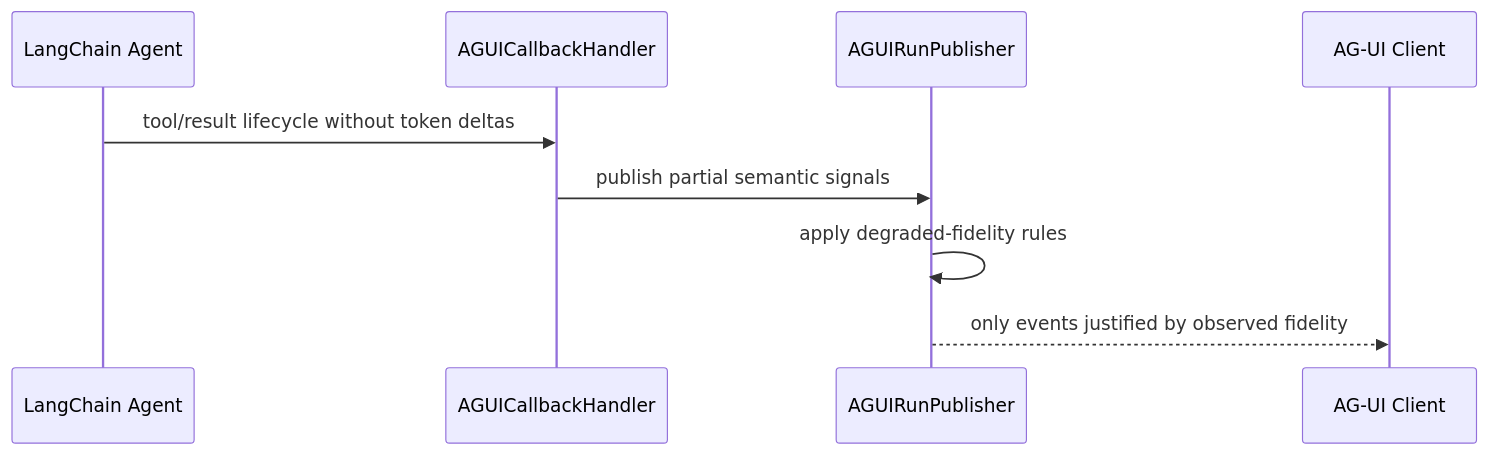
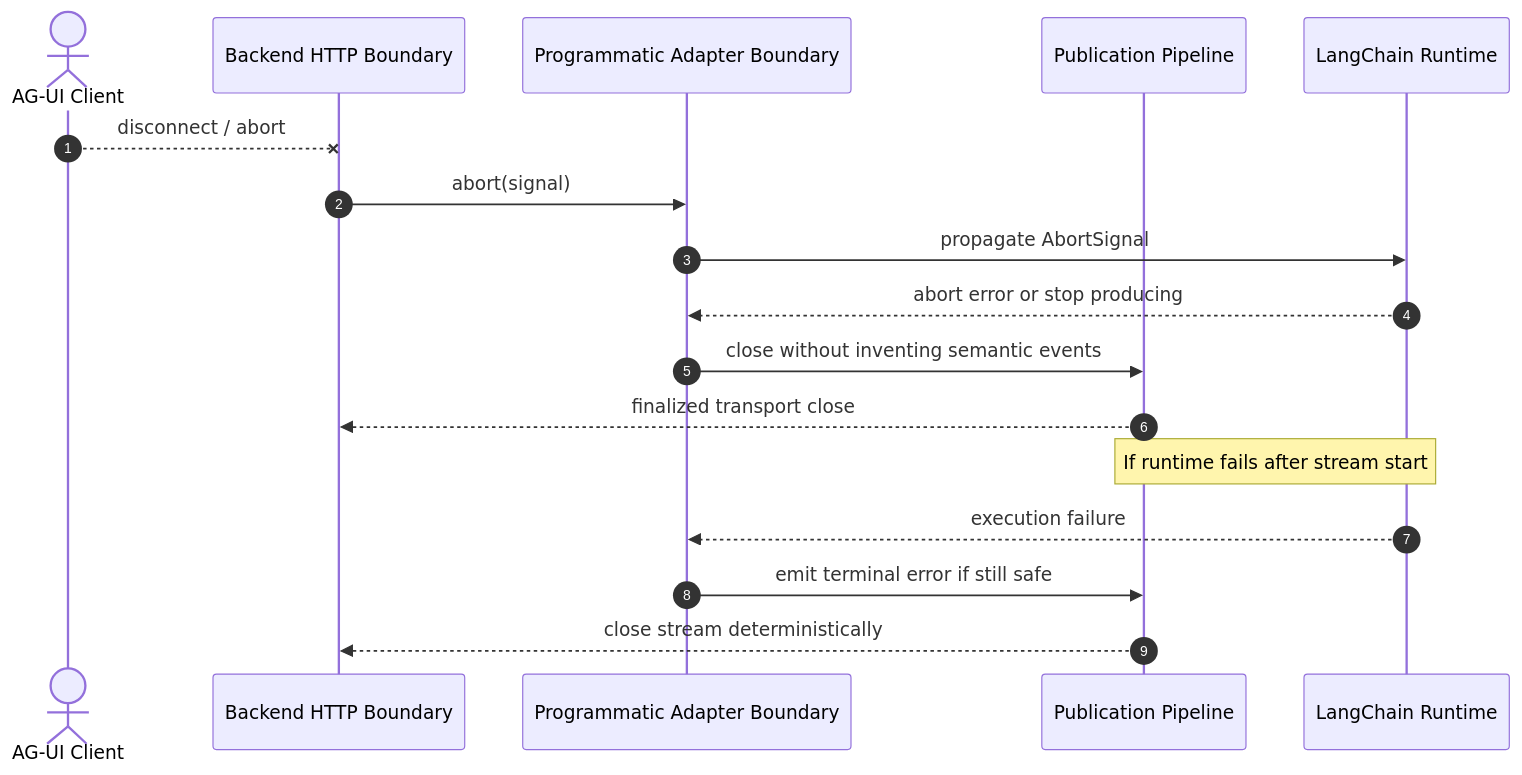
The fourth of 5 diagrams in packages/ag-ui-middleware-callbacks/docs/Architecture.md (SkrOYC/langchain-middlewares-callbacks-ts), drawn with Mermaid before and after one commit. The commit also changed other lines of this file and 3 other files, not shown here.

Commit message:
docs: reframe planning docs around adapter-first architecture

````diff
--- a/packages/ag-ui-middleware-callbacks/docs/Architecture.md
+++ b/packages/ag-ui-middleware-callbacks/docs/Architecture.md
@@ -230,12 +176,21 @@
 ```mermaid
 sequenceDiagram
-  participant Agent as LangChain Agent
-  participant CB as AGUICallbackHandler
-  participant Publisher as AGUIRunPublisher
-  participant Client as AG-UI Client
+    autonumber
+    actor Client as AG-UI Client
+    participant Backend as Backend HTTP Boundary
+    participant Adapter as Programmatic Adapter Boundary
+    participant Publisher as Publication Pipeline
+    participant Runtime as LangChain Runtime
 
-  Agent->>CB: tool/result lifecycle without token deltas
-  CB->>Publisher: publish partial semantic signals
-  Publisher->>Publisher: apply degraded-fidelity rules
-  Publisher-->>Client: only events justified by observed fidelity
+    Client--xBackend: disconnect / abort
+    Backend->>Adapter: abort(signal)
+    Adapter->>Runtime: propagate AbortSignal
+    Runtime-->>Adapter: abort error or stop producing
+    Adapter->>Publisher: close without inventing semantic events
+    Publisher-->>Backend: finalized transport close
+
+    Note over Runtime,Publisher: If runtime fails after stream start
+    Runtime-->>Adapter: execution failure
+    Adapter->>Publisher: emit terminal error if still safe
+    Publisher-->>Backend: close stream deterministically
 ```
````
